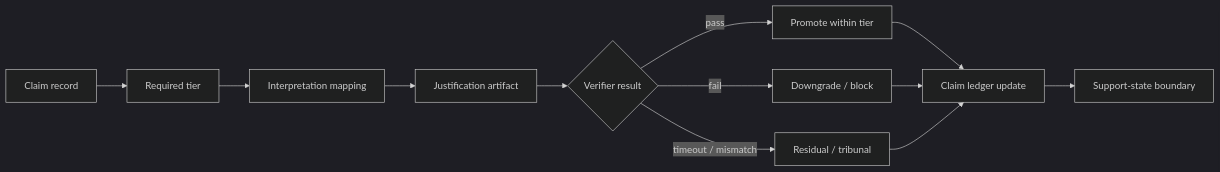
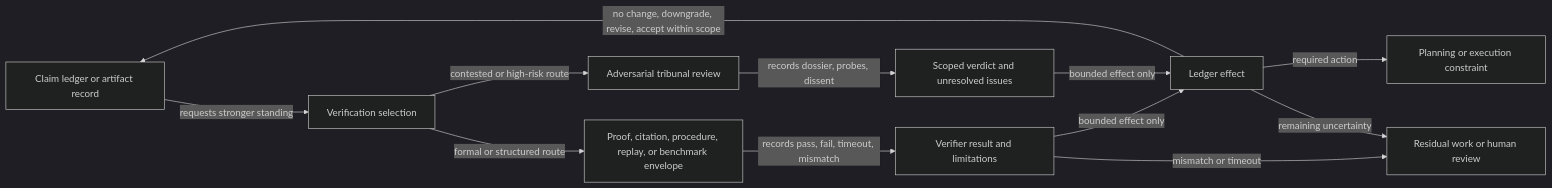
Before and after one commit to corbensorenson/asi-stack-book: the diagram in chapters/spinoza-verification-and-proof-carrying-claims.qmd, drawn with Mermaid (dark theme). The commit also changed other lines of this file and 90 other files, not shown here.

Commit message:
Merge tribunal review into proof-carrying claims

````diff
--- a/chapters/spinoza-verification-and-proof-carrying-claims.qmd
+++ b/chapters/spinoza-verification-and-proof-carrying-claims.qmd
@@ -102,14 +207,14 @@
 ```{mermaid}
 flowchart LR
-  A["Claim record"] --> B["Required tier"]
-  B --> C["Interpretation mapping"]
-  C --> D["Justification artifact"]
-  D --> E{"Verifier result"}
-  E -- "pass" --> F["Promote within tier"]
-  E -- "fail" --> G["Downgrade / block"]
-  E -- "timeout / mismatch" --> H["Residual / tribunal"]
-  F --> I["Claim ledger update"]
-  G --> I
-  H --> I
-  I --> J["Support-state boundary"]
+  Ledger["Claim ledger or artifact record"] -- "requests stronger standing" --> Select["Verification selection"]
+  Select -- "formal or structured route" --> Proof["Proof, citation, procedure, replay, or benchmark envelope"]
+  Select -- "contested or high-risk route" --> Tribunal["Adversarial tribunal review"]
+  Proof -- "records pass, fail, timeout, mismatch" --> Result["Verifier result and limitations"]
+  Tribunal -- "records dossier, probes, dissent" --> Dissent["Scoped verdict and unresolved issues"]
+  Result -- "bounded effect only" --> Effect["Ledger effect"]
+  Dissent -- "bounded effect only" --> Effect
+  Effect -- "no change, downgrade, revise, accept within scope" --> Ledger
+  Effect -- "required action" --> Plan["Planning or execution constraint"]
+  Result -- "mismatch or timeout" --> Residual
+  Effect -- "remaining uncertainty" --> Residual["Residual work or human review"]
 ```
````
